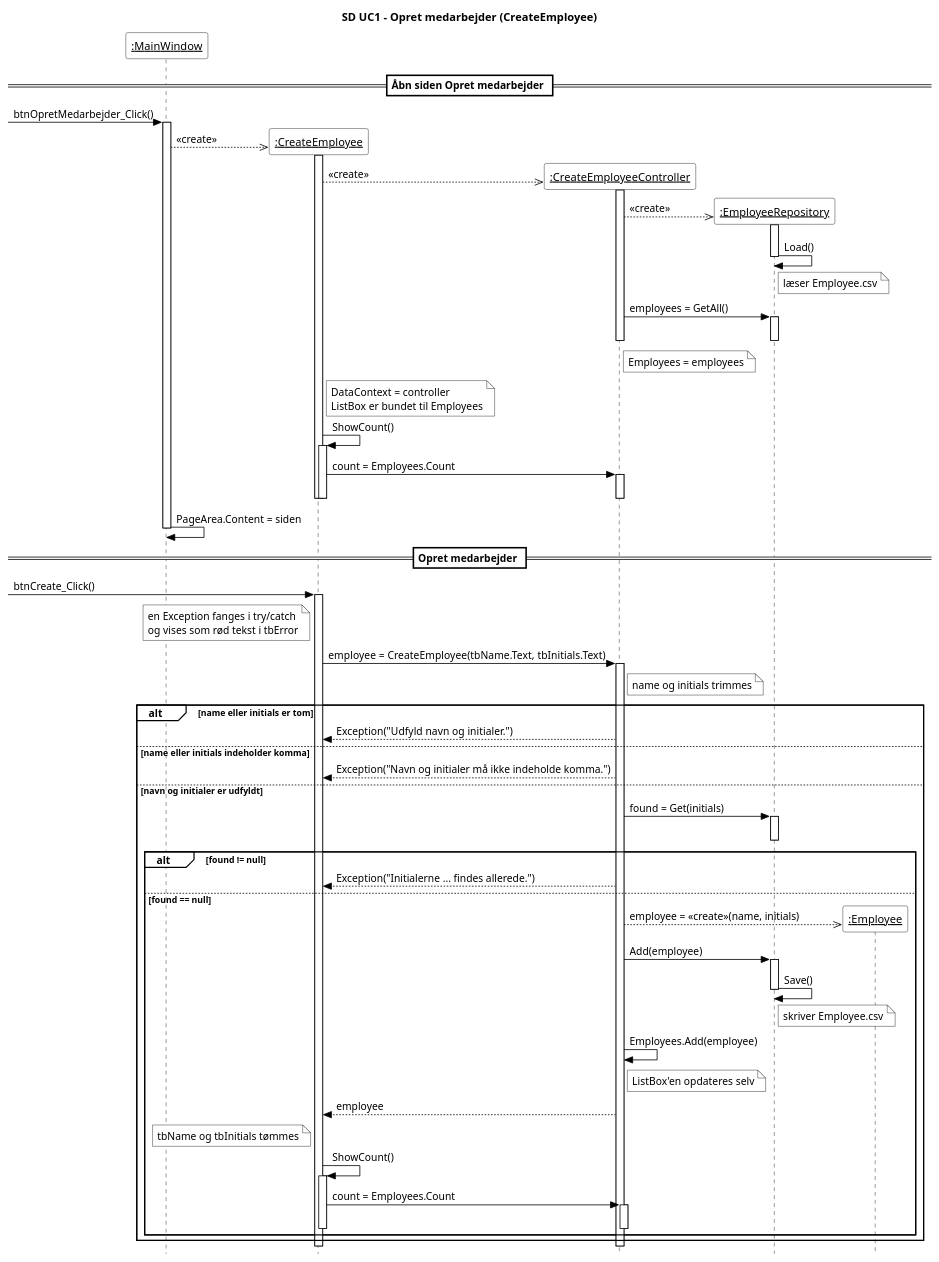
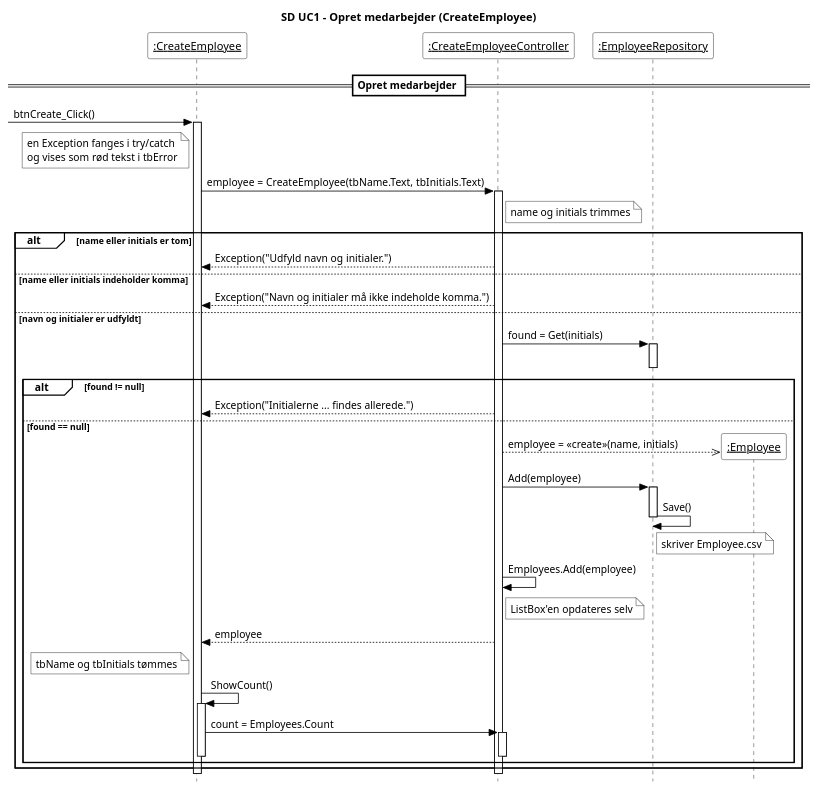
Before and after one commit to Zoabz/Getting-Real: the diagram in 6. Sekvens Diagrammer/Sprint 1/UC1_opret_medarbejder.puml, drawn with PlantUML. The commit also changed 8 other files, not shown here.

```diff
--- a/6. Sekvens Diagrammer/Sprint 1/UC1_opret_medarbejder.puml
+++ b/6. Sekvens Diagrammer/Sprint 1/UC1_opret_medarbejder.puml
@@ -1,116 +1,78 @@
 @startuml
 ' SD i samme stil som undervisningens SD for RegisterGuest (Pr20)
 ' Opdateret ud fra siden Opret medarbejder i WPF-programmet (Views/CreateEmployee)
 skinparam style strictuml
 skinparam ParticipantBackgroundColor white
 skinparam ParticipantBorderColor black
 skinparam ArrowColor black
 skinparam SequenceLifeLineBorderColor black
 skinparam SequenceGroupBackgroundColor white
 skinparam SequenceGroupBorderColor black
 skinparam SequenceDividerBackgroundColor white
 skinparam SequenceDividerBorderColor black
 skinparam SequenceReferenceBackgroundColor white
 skinparam SequenceReferenceBorderColor black
 skinparam NoteBackgroundColor white
 skinparam NoteBorderColor black
 skinparam ActivationBackgroundColor white
 skinparam shadowing false
 skinparam sequenceParticipant underline
 skinparam defaultFontName Arial
 hide footbox
 title SD UC1 - Opret medarbejder (CreateEmployee)
 
-participant ":MainWindow" as MW
-
-== Åbn siden Opret medarbejder ==
-[-> MW : btnOpretMedarbejder_Click()
-activate MW
-
-create participant ":CreateEmployee" as V
-MW -->> V : «create»
-activate V
-
-create participant ":CreateEmployeeController" as C
-V -->> C : «create»
-activate C
-
-create participant ":EmployeeRepository" as R
-C -->> R : «create»
-activate R
-R -> R : Load()
-note right of R : læser Employee.csv
-deactivate R
-
-C -> R : employees = GetAll()
-activate R
-deactivate R
-note right of C : Employees = employees
-deactivate C
-
-note right of V
-  DataContext = controller
-  ListBox er bundet til Employees
-end note
-V -> V : ShowCount()
-activate V
-V -> C : count = Employees.Count
-activate C
-deactivate C
-deactivate V
-deactivate V
-
-MW -> MW : PageArea.Content = siden
-deactivate MW
+participant ":CreateEmployee" as V
+participant ":CreateEmployeeController" as C
+participant ":EmployeeRepository" as R
 
 == Opret medarbejder ==
 [-> V : btnCreate_Click()
 activate V
 note left of V : en Exception fanges i try/catch\nog vises som rød tekst i tbError
 
 V -> C : employee = CreateEmployee(tbName.Text, tbInitials.Text)
 activate C
 note right of C : name og initials trimmes
 
 alt name eller initials er tom
     V <-- C : Exception("Udfyld navn og initialer.")
 
 else name eller initials indeholder komma
     V <-- C : Exception("Navn og initialer må ikke indeholde komma.")
 
 else navn og initialer er udfyldt
     C -> R : found = Get(initials)
     activate R
     deactivate R
 
     alt found != null
         V <-- C : Exception("Initialerne ... findes allerede.")
 
     else found == null
         create participant ":Employee" as E
         C -->> E : employee = «create»(name, initials)
 
         C -> R : Add(employee)
         activate R
         R -> R : Save()
         note right of R : skriver Employee.csv
         deactivate R
 
         C -> C : Employees.Add(employee)
         note right of C : ListBox'en opdateres selv
 
         V <-- C : employee
         note left of V : tbName og tbInitials tømmes
 
         V -> V : ShowCount()
         activate V
         V -> C : count = Employees.Count
         activate C
         deactivate C
         deactivate V
     end
 end
 deactivate C
 deactivate V
 
 @enduml
```
